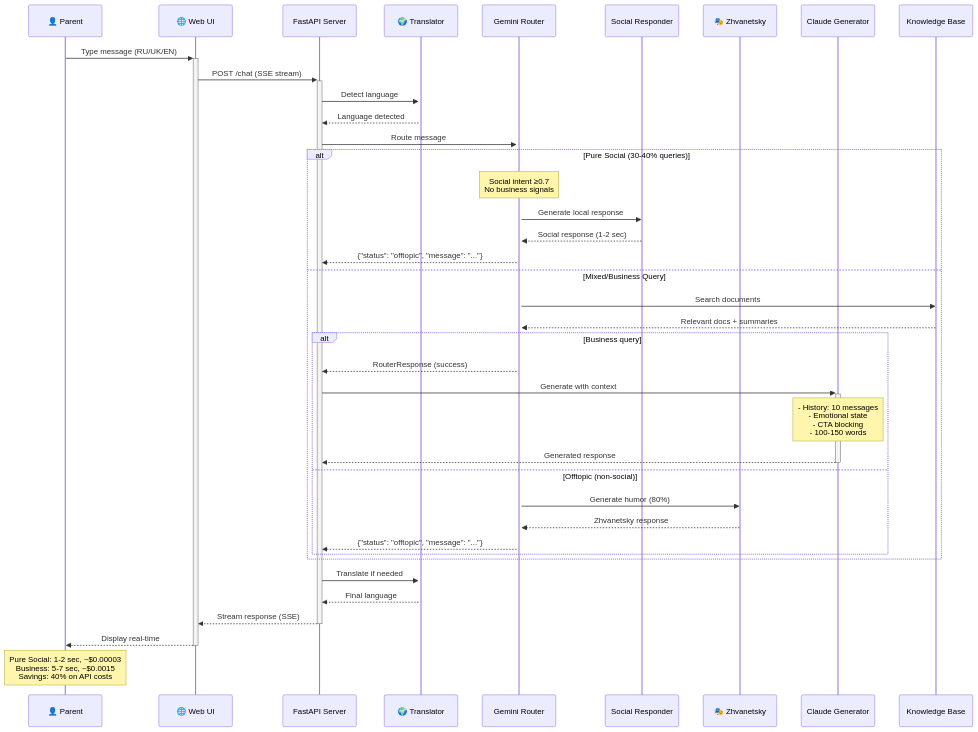
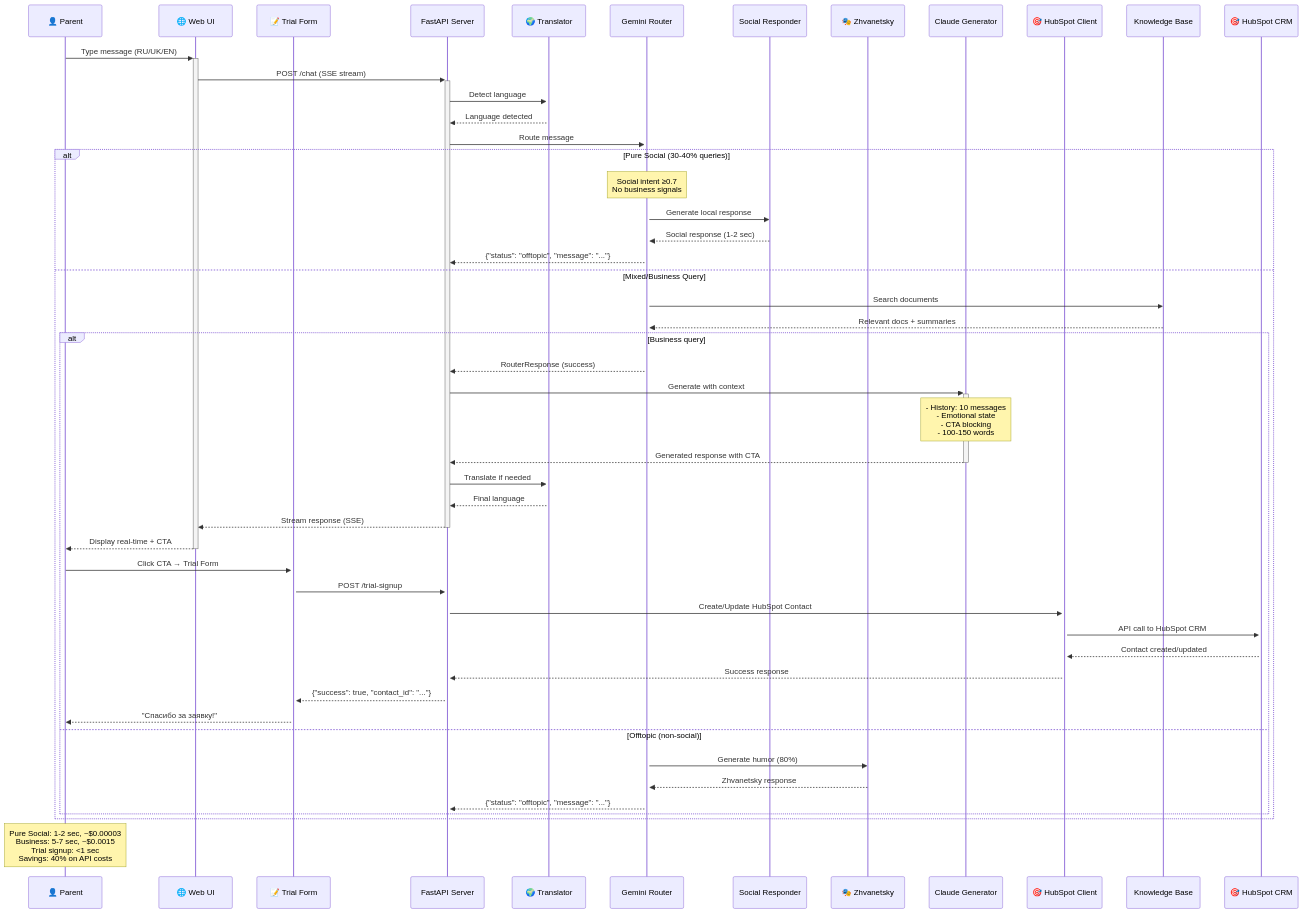
One commit to shao3d/Ukido_DynContInj changed the second of 5 diagrams in README.md. Above: the diagram before and after it, drawn with Mermaid. The commit also changed other lines of this file, not shown here.

First line of the commit message:
docs: Обновление README.md до v0.17.0 с HubSpot CRM интеграцией

````diff
--- a/README.md
+++ b/README.md
@@ -99,47 +116,57 @@
 ```mermaid
 sequenceDiagram
     participant U as 👤 Parent
     participant W as 🌐 Web UI
+    participant TF as 📝 Trial Form
     participant API as FastAPI Server
     participant T as 🌍 Translator
     participant R as Gemini Router
     participant SR as Social Responder
     participant ZH as 🎭 Zhvanetsky
     participant G as Claude Generator
+    participant HS as 🎯 HubSpot Client
     participant KB as Knowledge Base
+    participant HB as 🎯 HubSpot CRM
 
     U->>+W: Type message (RU/UK/EN)
     W->>+API: POST /chat (SSE stream)
     API->>+T: Detect language
     T-->>API: Language detected
-    
+
     API->>+R: Route message
-    
+
     alt Pure Social (30-40% queries)
         Note over R: Social intent ≥0.7<br/>No business signals
         R->>SR: Generate local response
         SR-->>R: Social response (1-2 sec)
         R-->>API: {"status": "offtopic", "message": "..."}
     else Mixed/Business Query
         R->>KB: Search documents
         KB-->>R: Relevant docs + summaries
-        
+
         alt Business query
             R-->>API: RouterResponse (success)
             API->>+G: Generate with context
             Note over G: - History: 10 messages<br/>- Emotional state<br/>- CTA blocking<br/>- 100-150 words
-            G-->>-API: Generated response
+            G-->>-API: Generated response with CTA
+            API->>T: Translate if needed
+            T-->>API: Final language
+            API-->>-W: Stream response (SSE)
+            W-->>-U: Display real-time + CTA
+            U->>+TF: Click CTA → Trial Form
+            TF->>+API: POST /trial-signup
+            API->>+HS: Create/Update HubSpot Contact
+            HS->>+HB: API call to HubSpot CRM
+            HB-->>HS: Contact created/updated
+            HS-->>API: Success response
+            API-->>TF: {"success": true, "contact_id": "..."}
+            TF-->>U: "Спасибо за заявку!"
         else Offtopic (non-social)
             R->>ZH: Generate humor (80%)
             ZH-->>R: Zhvanetsky response
             R-->>API: {"status": "offtopic", "message": "..."}
         end
     end
-    
-    API->>T: Translate if needed
-    T-->>API: Final language
-    API-->>-W: Stream response (SSE)
-    W-->>-U: Display real-time
-    
-    Note over U: Pure Social: 1-2 sec, ~$0.00003<br/>Business: 5-7 sec, ~$0.0015<br/>Savings: 40% on API costs
+
+    Note over U: Pure Social: 1-2 sec, ~$0.00003<br/>Business: 5-7 sec, ~$0.0015<br/>Trial signup: <1 sec<br/>Savings: 40% on API costs
 ```
````
